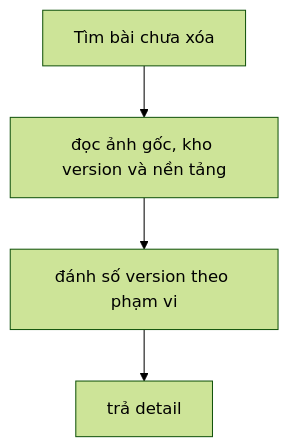
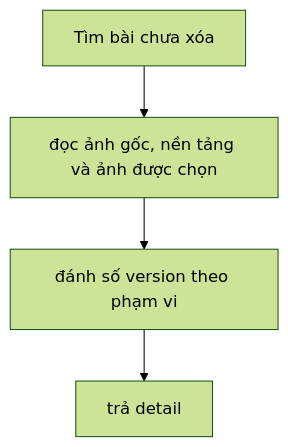
One commit to TaskCoper/hoatheomua-be changed the diagram in hoatheomua-documentation/Service - PostGen/GetPostCoreDetail.md. Above: the diagram before and after it, drawn with Mermaid (forest theme). The commit also changed other lines of this file and 54 other files, not shown here.

````diff
--- a/hoatheomua-documentation/Service - PostGen/GetPostCoreDetail.md
+++ b/hoatheomua-documentation/Service - PostGen/GetPostCoreDetail.md
@@ -60,10 +59,10 @@
 ```mermaid
 flowchart TD
     S0["Tìm bài chưa xóa"]
-    S1["đọc ảnh gốc, kho version và nền tảng"]
+    S1["đọc ảnh gốc, nền tảng và ảnh được chọn"]
     S0 --> S1
     S2["đánh số version theo phạm vi"]
     S1 --> S2
     S3["trả detail"]
     S2 --> S3
 ```
````
